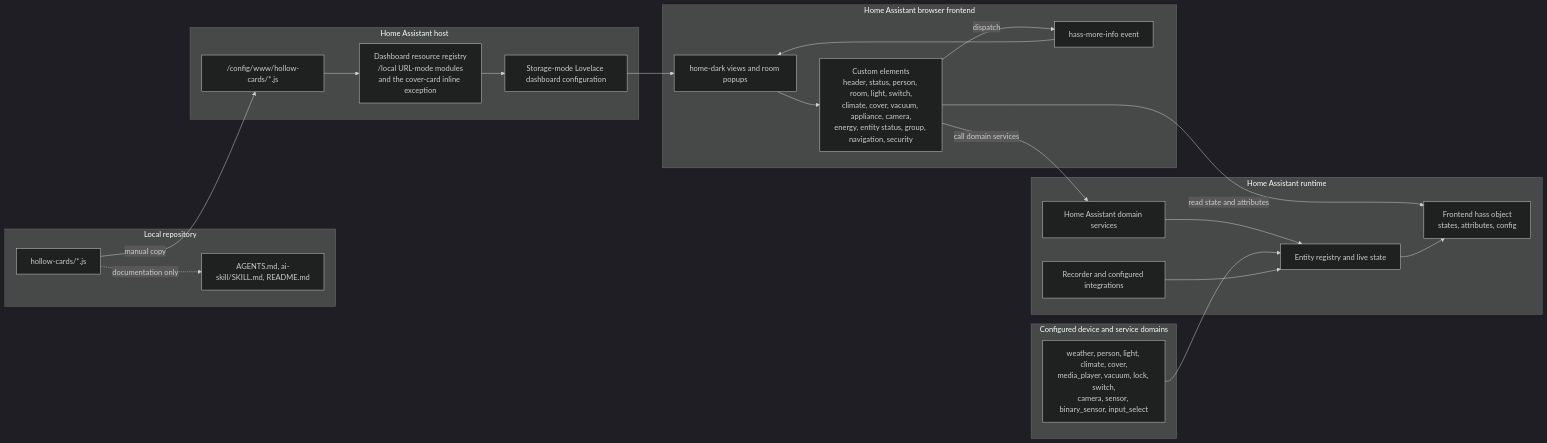
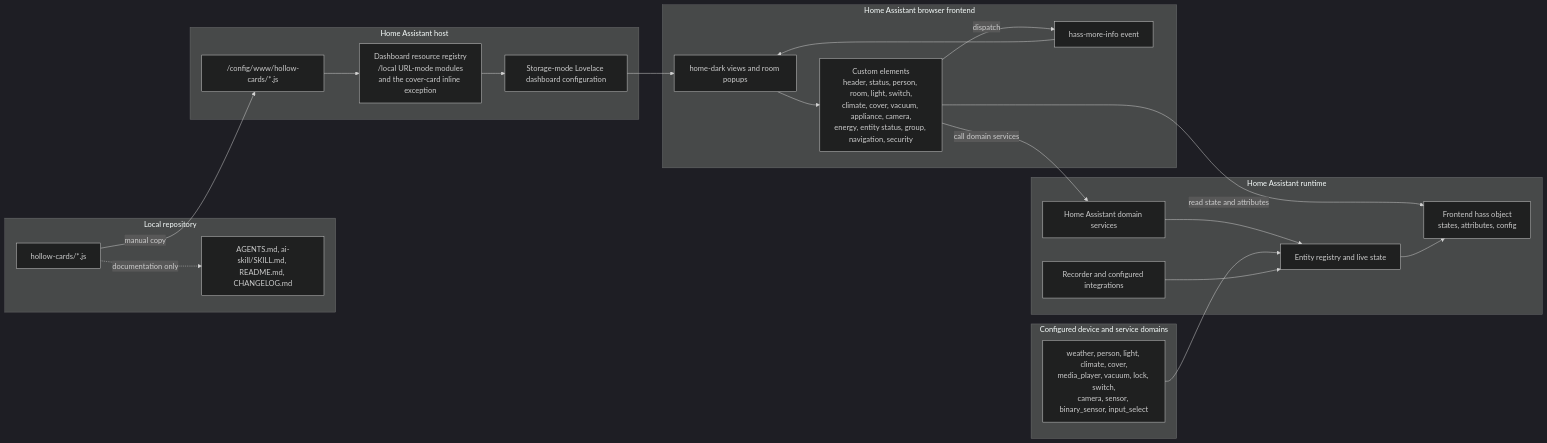
The diagram in ai-overview.md (MrHollowX/hollow-cards), drawn with Mermaid (dark theme) before and after one commit. The commit also changed other lines of this file and 41 other files, not shown here.

````diff
--- a/ai-overview.md
+++ b/ai-overview.md
@@ -80,45 +80,45 @@
 ```mermaid
 flowchart LR
     subgraph Repository["Local repository"]
         Sources["hollow-cards/*.js"]
-        Guidance["AGENTS.md, ai-skill/SKILL.md, README.md"]
+        Guidance["AGENTS.md, ai-skill/SKILL.md, README.md, CHANGELOG.md"]
     end
 
     subgraph Host["Home Assistant host"]
         Static["/config/www/hollow-cards/*.js"]
         Resources["Dashboard resource registry<br/>/local URL-mode modules<br/>and the cover-card inline exception"]
         DashConfig["Storage-mode Lovelace dashboard configuration"]
     end
 
     subgraph Browser["Home Assistant browser frontend"]
         Views["home-dark views and room popups"]
         Cards["Custom elements<br/>header, status, person, room, light, switch,<br/>climate, cover, vacuum, appliance, camera,<br/>energy, entity status, group, navigation, security"]
         MoreInfo["hass-more-info event"]
     end
 
     subgraph Runtime["Home Assistant runtime"]
         Hass["Frontend hass object<br/>states, attributes, config"]
         Services["Home Assistant domain services"]
         Registry["Entity registry and live state"]
         Recorder["Recorder and configured integrations"]
     end
 
     subgraph Devices["Configured device and service domains"]
         Domains["weather, person, light, climate, cover,<br/>media_player, vacuum, lock, switch,<br/>camera, sensor, binary_sensor, input_select"]
     end
 
     Sources -->|"manual copy"| Static
     Sources -.->|"documentation only"| Guidance
     Static --> Resources
     Resources --> DashConfig
     DashConfig --> Views
     Views --> Cards
     Cards -->|"read state and attributes"| Hass
     Cards -->|"dispatch"| MoreInfo
     MoreInfo --> Views
     Cards -->|"call domain services"| Services
     Services --> Registry
     Registry --> Hass
     Domains --> Registry
     Recorder --> Registry
 ```
````
